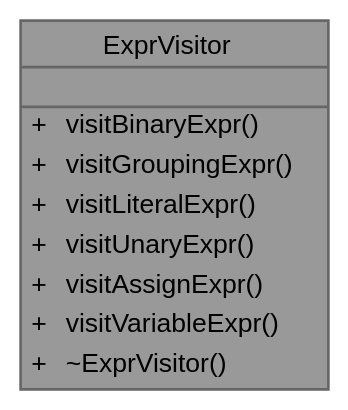
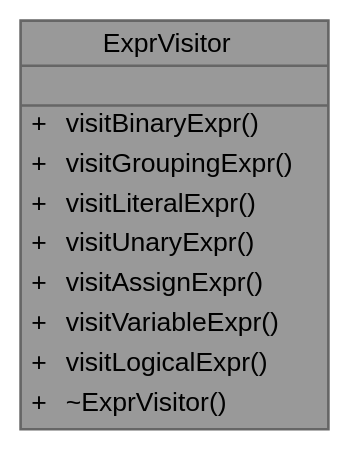
One commit to helcsnewsxd/gsc-interpreter changed the diagram in classExprVisitor__coll__graph.dot. Above: the diagram before and after it, drawn with Graphviz. The commit also changed 87 other files, not shown here.

```diff
--- a/classExprVisitor__coll__graph.dot
+++ b/classExprVisitor__coll__graph.dot
@@ -1,20 +1,21 @@
 digraph "ExprVisitor"
 {
  // LATEX_PDF_SIZE
   bgcolor="transparent";
   edge [fontname=Helvetica,fontsize=10,labelfontname=Helvetica,labelfontsize=10];
   node [fontname=Helvetica,fontsize=10,shape=box,height=0.2,width=0.4];
   Node1 [id="Node000001",shape=plain,label=<<TABLE CELLBORDER="0" BORDER="1"><TR><TD COLSPAN="2" CELLPADDING="1" CELLSPACING="0">ExprVisitor</TD></TR>
 <HR/>
 <TR><TD COLSPAN="2" CELLPADDING="1" CELLSPACING="0">&nbsp;</TD></TR>
 <HR/>
 <TR><TD VALIGN="top" CELLPADDING="1" CELLSPACING="0">+</TD><TD VALIGN="top" ALIGN="LEFT" CELLPADDING="1" CELLSPACING="0">visitBinaryExpr()<BR ALIGN="LEFT"/></TD></TR>
 <TR><TD VALIGN="top" CELLPADDING="1" CELLSPACING="0">+</TD><TD VALIGN="top" ALIGN="LEFT" CELLPADDING="1" CELLSPACING="0">visitGroupingExpr()<BR ALIGN="LEFT"/></TD></TR>
 <TR><TD VALIGN="top" CELLPADDING="1" CELLSPACING="0">+</TD><TD VALIGN="top" ALIGN="LEFT" CELLPADDING="1" CELLSPACING="0">visitLiteralExpr()<BR ALIGN="LEFT"/></TD></TR>
 <TR><TD VALIGN="top" CELLPADDING="1" CELLSPACING="0">+</TD><TD VALIGN="top" ALIGN="LEFT" CELLPADDING="1" CELLSPACING="0">visitUnaryExpr()<BR ALIGN="LEFT"/></TD></TR>
 <TR><TD VALIGN="top" CELLPADDING="1" CELLSPACING="0">+</TD><TD VALIGN="top" ALIGN="LEFT" CELLPADDING="1" CELLSPACING="0">visitAssignExpr()<BR ALIGN="LEFT"/></TD></TR>
 <TR><TD VALIGN="top" CELLPADDING="1" CELLSPACING="0">+</TD><TD VALIGN="top" ALIGN="LEFT" CELLPADDING="1" CELLSPACING="0">visitVariableExpr()<BR ALIGN="LEFT"/></TD></TR>
+<TR><TD VALIGN="top" CELLPADDING="1" CELLSPACING="0">+</TD><TD VALIGN="top" ALIGN="LEFT" CELLPADDING="1" CELLSPACING="0">visitLogicalExpr()<BR ALIGN="LEFT"/></TD></TR>
 <TR><TD VALIGN="top" CELLPADDING="1" CELLSPACING="0">+</TD><TD VALIGN="top" ALIGN="LEFT" CELLPADDING="1" CELLSPACING="0">~ExprVisitor()<BR ALIGN="LEFT"/></TD></TR>
 </TABLE>>
 ,height=0.2,width=0.4,color="gray40", fillcolor="grey60", style="filled", fontcolor="black",tooltip="Abstract base class for expression visitors."];
 }
```
